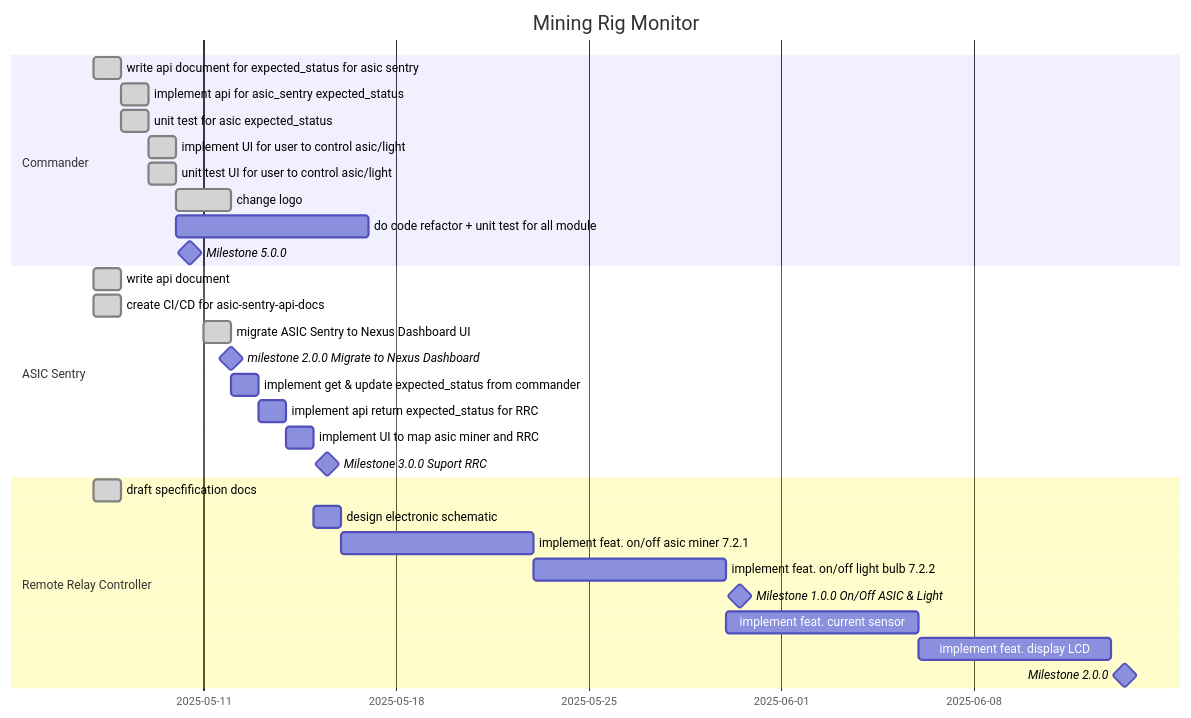
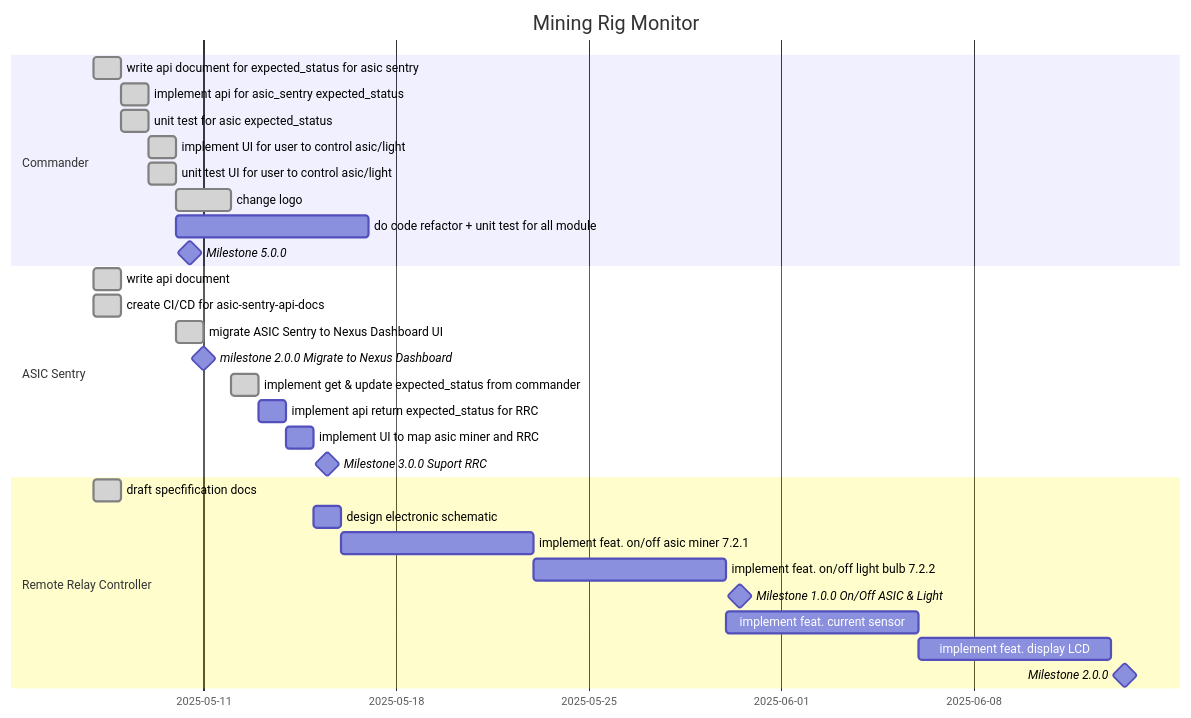
The diagram in docs/08.02-project-management.md (nguyenvinhlinh/Mining-Rig-Monitor-Document), drawn with Mermaid before and after one commit.

````diff
--- a/docs/08.02-project-management.md
+++ b/docs/08.02-project-management.md
@@ -9,35 +9,35 @@
 ``` mermaid
 gantt
     title Mining Rig Monitor
     dateFormat YYYY-MM-DD
 
     section Commander
         write api document for expected_status for asic sentry    :done, a1, 2025-05-07, 2025-05-08
         implement api for asic_sentry  expected_status            :done, a2, 2025-05-08, 2025-05-09
         unit test for asic expected_status                        :done, a3, 2025-05-08, 2025-05-09
         implement UI for user to control asic/light               :done, a4, 2025-05-09, 2025-05-10
         unit test UI for user to control asic/light               :done, a6, 2025-05-09, 2025-05-10
         change logo                                               :done, a7, 2025-05-10, 2025-05-12
         do code refactor + unit test for all module               :a5, after a4, 1w
         Milestone 5.0.0 :milestone, after a4, 1d
 
     section ASIC Sentry
         write api document                                     :done, b1, 2025-05-07, 2025-05-08
         create CI/CD for asic-sentry-api-docs                  :done, b2, 2025-05-07, 2025-05-08
-        migrate ASIC Sentry to Nexus Dashboard UI              :done, b3, 2025-05-11, 2025-05-12
-        milestone 2.0.0 Migrate to Nexus Dashboard             :milestone, 2025-05-12, 2025-05-12
-        implement get & update expected_status from commander  :b4, after b3, 1d
+        migrate ASIC Sentry to Nexus Dashboard UI              :done, b3, 2025-05-10, 2025-05-11
+        milestone 2.0.0 Migrate to Nexus Dashboard             :milestone, 2025-05-11, 2025-05-11
+        implement get & update expected_status from commander  :done, b4, 2025-05-12, 2025-05-13
         implement api return expected_status for RRC           :b5, after b4, 1d
         implement UI to map asic miner and RRC                 :b6, after b5, 1d
         Milestone 3.0.0 Suport RRC                             :milestone, after b6, 1d
 
     section Remote Relay Controller
         draft specfification docs                 :done, c1, 2025-05-07, 1d
         design electronic schematic               :c2, after b6, 1d
         implement feat. on/off asic miner 7.2.1   :c3, after c2, 7d
         implement feat. on/off light bulb 7.2.2   :c4, after c3, 7d
         Milestone 1.0.0 On/Off ASIC & Light       :milestone, after c4, 1d
         implement feat. current sensor            :c5, after c4, 7d
         implement feat. display LCD               :c6, after c5, 7d
         Milestone 2.0.0                           :milestone, after c6, 1d
 ```
````
